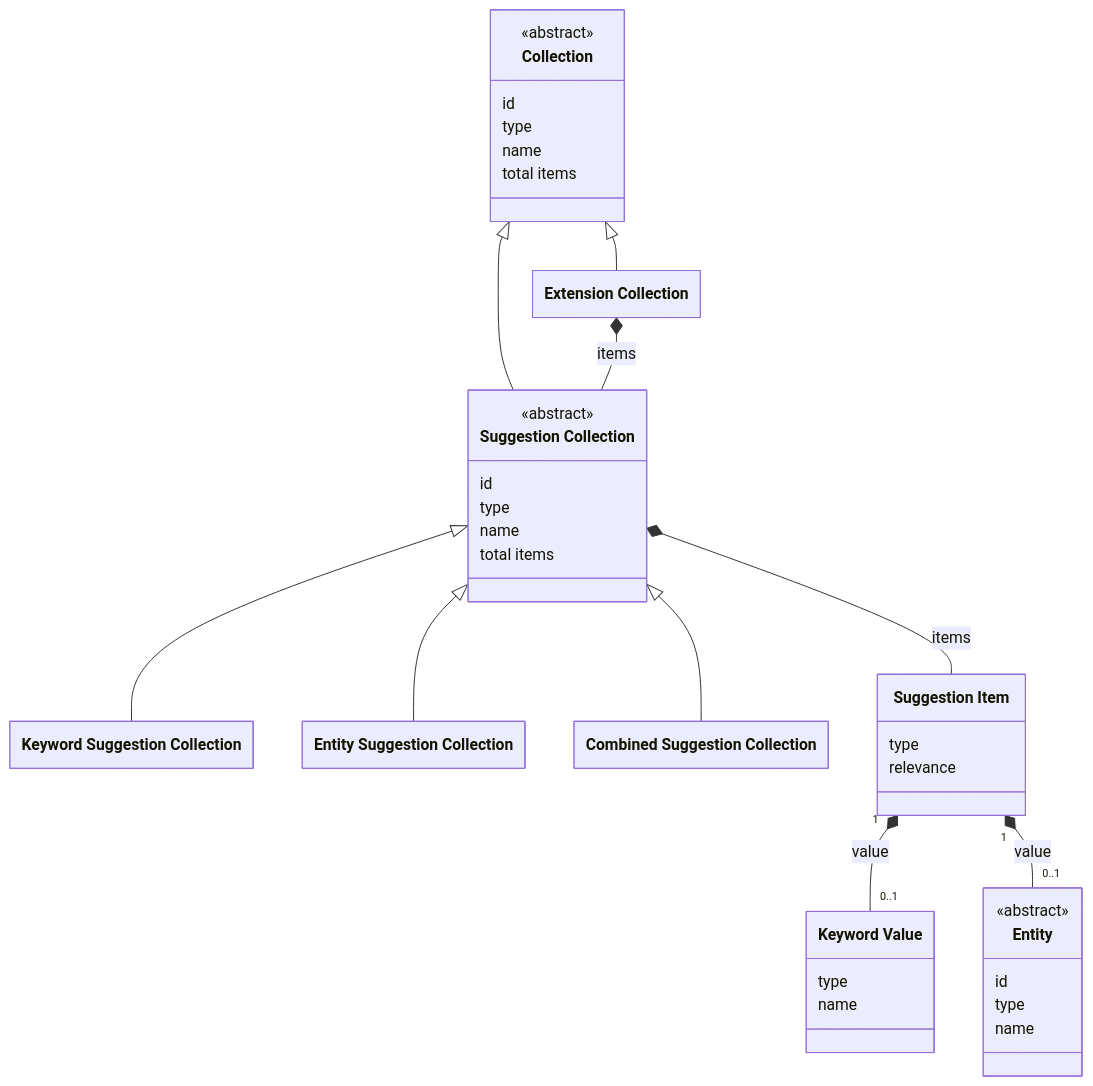
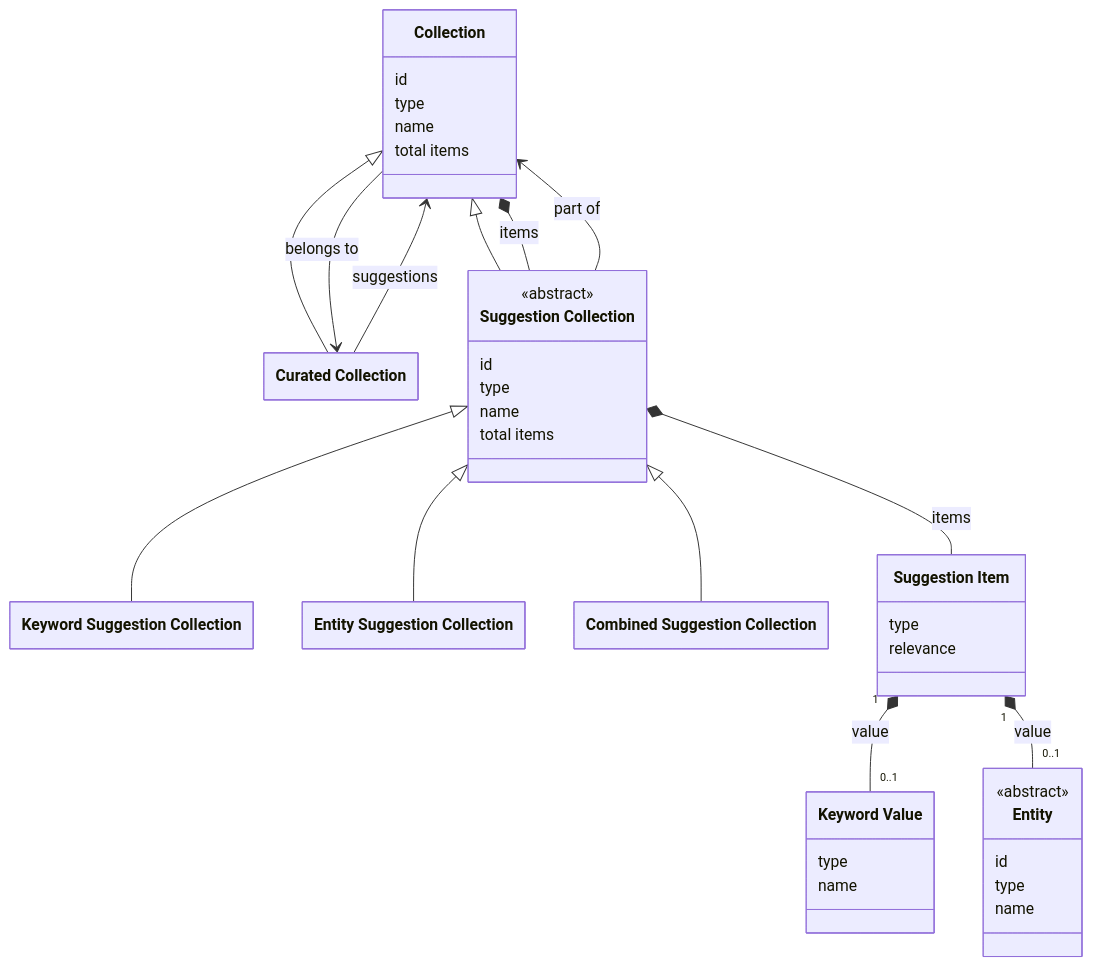
The diagram in docs/requirements/data-layer-api/rest/suggestions.md (netwerk-digitaal-erfgoed/netwerk-digitaal-erfgoed.github.io), drawn with Mermaid before and after one commit. The commit also changed other lines of this file and 6 other files, not shown here.

````diff
--- a/docs/requirements/data-layer-api/rest/suggestions.md
+++ b/docs/requirements/data-layer-api/rest/suggestions.md
@@ -32,59 +31,59 @@
 ```mermaid
 ---
   config:
     class:
       hideEmptyMembersBox: true
 ---
 classDiagram
 
 class Collection["Collection"] {
-  <<abstract>>
   id
   type
   name
   total items
 }
 
-class ExtensionCollection["Extension Collection"]
+class CuratedCollection["Curated Collection"]
 
 class SuggestionCollection["Suggestion Collection"] {
   <<abstract>>
   id
   type
   name
   total items
 }
 
 class KeywordSuggestionCollection["Keyword Suggestion Collection"]
 class EntitySuggestionCollection["Entity Suggestion Collection"]
 class CombinedSuggestionCollection["Combined Suggestion Collection"]
 
 class SuggestionItem["Suggestion Item"] {
   type
   relevance
 }
 
 class KeywordValue["Keyword Value"] {
   type
   name
 }
 
 class Entity {
   <<abstract>>
   id
   type
   name
 }
 
-Collection <|-- ExtensionCollection
+Collection <|-- CuratedCollection
 Collection <|-- SuggestionCollection
+CuratedCollection --> Collection : suggestions
+Collection --> CuratedCollection : belongs to
+Collection *-- SuggestionCollection : items
+SuggestionCollection --> Collection : part of
 SuggestionCollection <|-- KeywordSuggestionCollection
 SuggestionCollection <|-- EntitySuggestionCollection
 SuggestionCollection <|-- CombinedSuggestionCollection
-
-ExtensionCollection *-- SuggestionCollection : items
-
 SuggestionCollection *-- SuggestionItem : items
 SuggestionItem "1" *-- "0..1" KeywordValue : value
 SuggestionItem "1" *-- "0..1" Entity  : value
 ```
````
